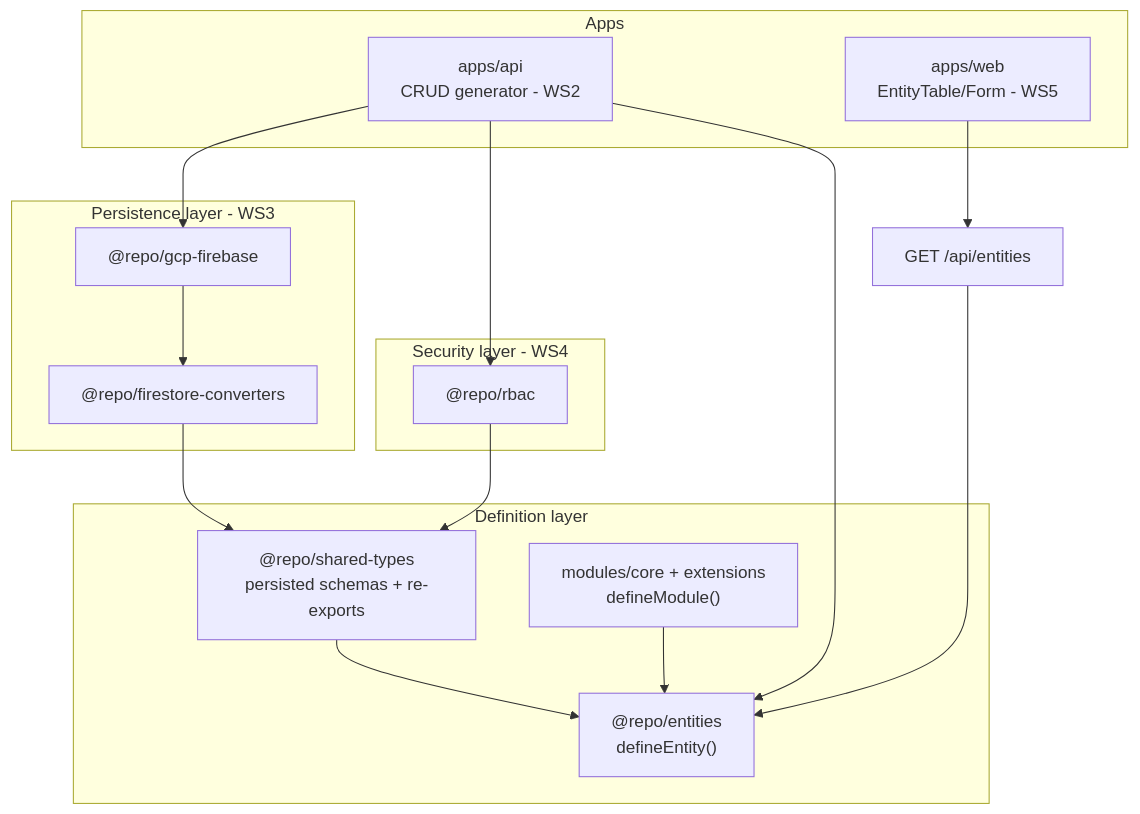
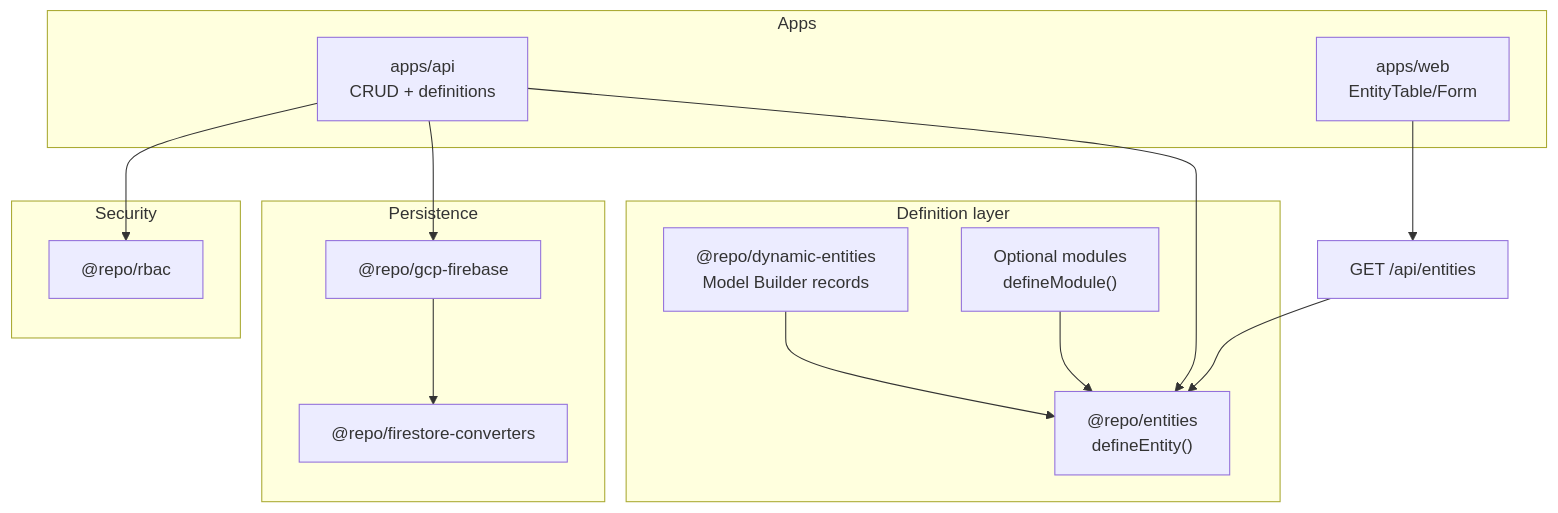
One commit to AndresLGomezO/spa-base changed the diagram in docs/entity-system-guide.md. Above: the diagram before and after it, drawn with Mermaid. The commit also changed other lines of this file and 35 other files, not shown here.

````diff
--- a/docs/entity-system-guide.md
+++ b/docs/entity-system-guide.md
@@ -11,29 +11,27 @@
 ```mermaid
 flowchart TB
   subgraph definition [Definition layer]
-    Modules["modules/core + extensions\ndefineModule()"]
+    Dynamic["@repo/dynamic-entities\nModel Builder records"]
+    Modules["Optional modules\ndefineModule()"]
     Entities["@repo/entities\ndefineEntity()"]
-    SharedTypes["@repo/shared-types\npersisted schemas + re-exports"]
   end
-  subgraph persistence [Persistence layer - WS3]
+  subgraph persistence [Persistence]
     FC["@repo/firestore-converters"]
     GCP["@repo/gcp-firebase"]
   end
-  subgraph security [Security layer - WS4]
+  subgraph security [Security]
     RBAC["@repo/rbac"]
   end
   subgraph apps [Apps]
-    API["apps/api\nCRUD generator - WS2"]
-    Web["apps/web\nEntityTable/Form - WS5"]
+    API["apps/api\nCRUD + definitions"]
+    Web["apps/web\nEntityTable/Form"]
   end
-  SharedTypes --> Entities
+  Dynamic --> Entities
   Modules --> Entities
-  FC --> SharedTypes
   GCP --> FC
   API --> GCP
   API --> Entities
   API --> RBAC
-  RBAC --> SharedTypes
   Web --> Catalog["GET /api/entities"]
   Catalog --> Entities
 ```
````
